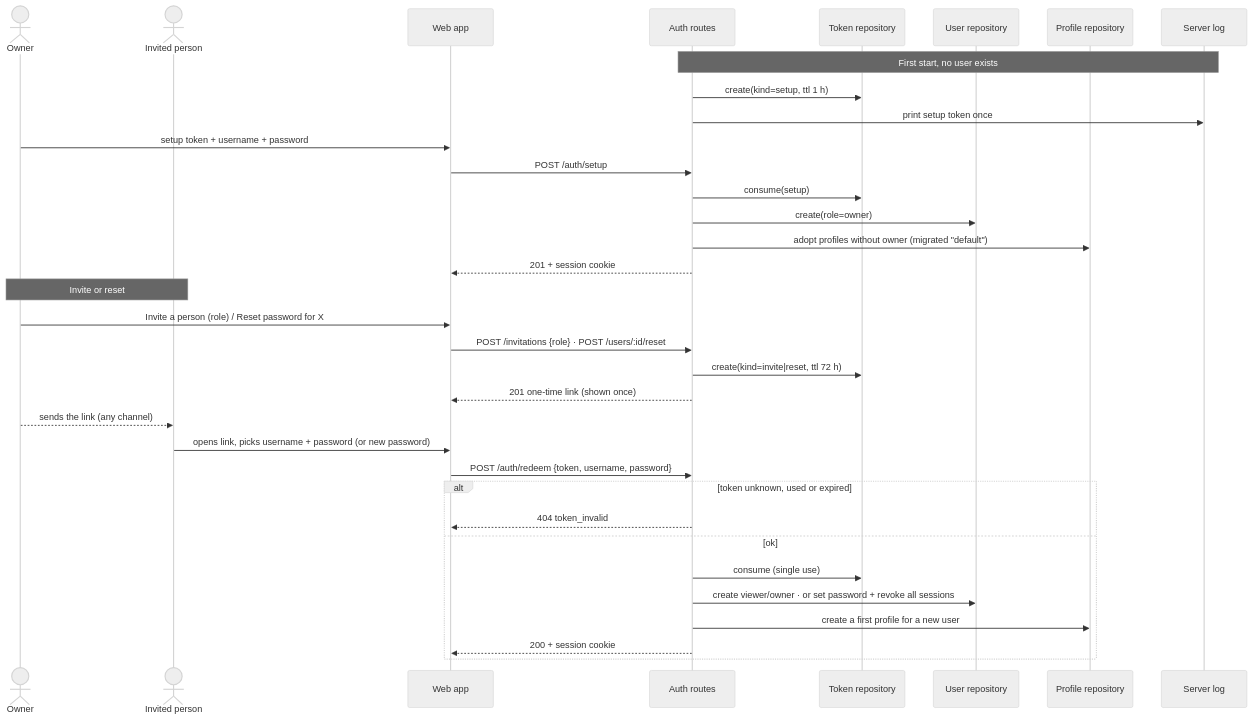
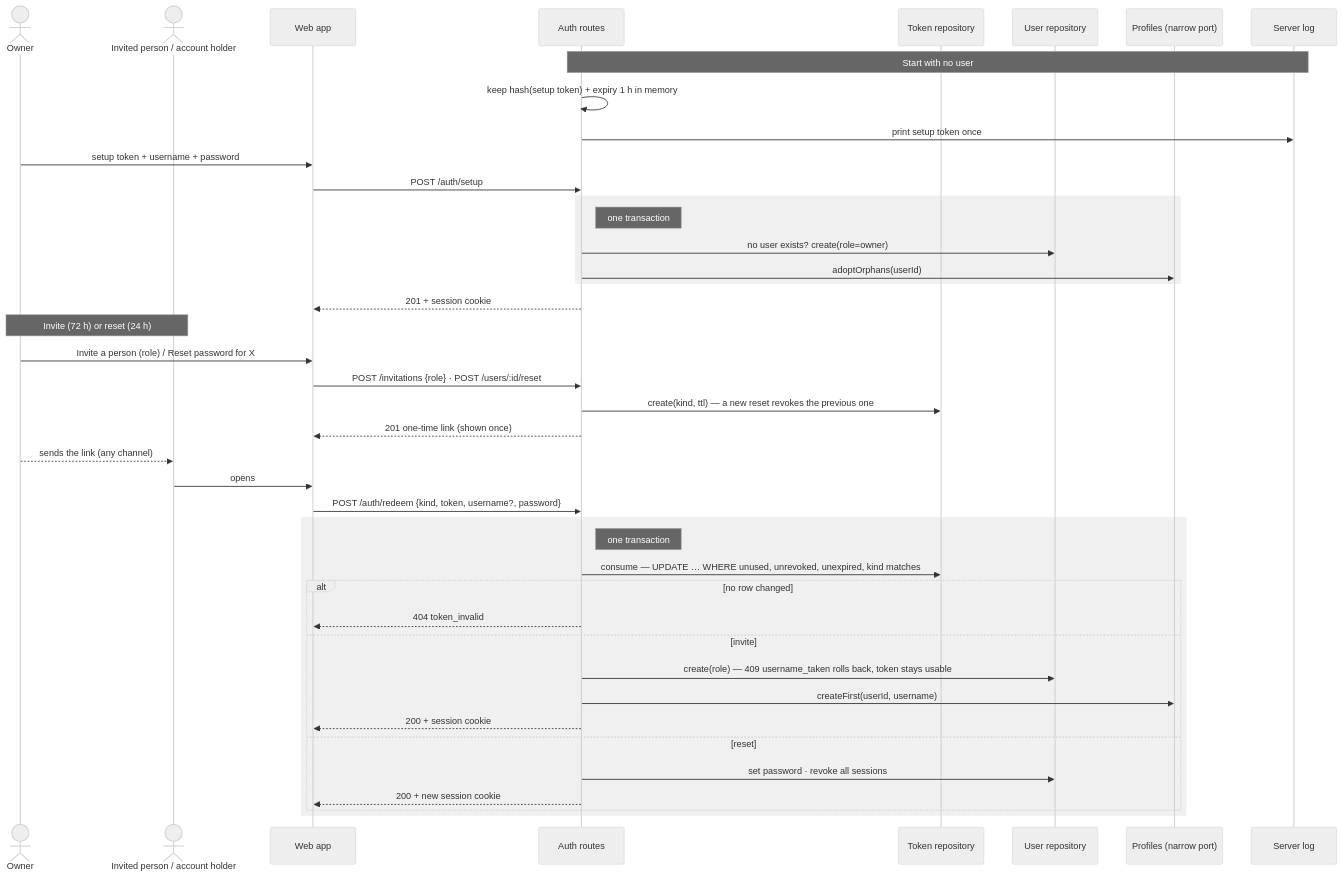
One commit to benoit-bremaud/popcorntv changed the diagram in docs/architecture/diagrams/auth/02-sequence-invite-and-accept.md. Above: the diagram before and after it, drawn with Mermaid (neutral theme). The commit also changed other lines of this file and 11 other files, not shown here.

````diff
--- a/docs/architecture/diagrams/auth/02-sequence-invite-and-accept.md
+++ b/docs/architecture/diagrams/auth/02-sequence-invite-and-accept.md
@@ -14,38 +15,46 @@
 ```mermaid
 sequenceDiagram
   actor O as Owner
-  actor G as Invited person
+  actor G as Invited person / account holder
   participant W as Web app
   participant API as Auth routes
   participant TR as Token repository
   participant UR as User repository
-  participant PR as Profile repository
+  participant PR as Profiles (narrow port)
   participant SV as Server log
 
-  Note over SV,API: First start, no user exists
-  API->>TR: create(kind=setup, ttl 1 h)
+  Note over API,SV: Start with no user
+  API->>API: keep hash(setup token) + expiry 1 h in memory
   API->>SV: print setup token once
   O->>W: setup token + username + password
   W->>API: POST /auth/setup
-  API->>TR: consume(setup)
-  API->>UR: create(role=owner)
-  API->>PR: adopt profiles without owner (migrated "default")
+  rect rgb(240, 240, 240)
+    Note right of API: one transaction
+    API->>UR: no user exists? create(role=owner)
+    API->>PR: adoptOrphans(userId)
+  end
   API-->>W: 201 + session cookie
 
-  Note over O,G: Invite or reset
+  Note over O,G: Invite (72 h) or reset (24 h)
   O->>W: Invite a person (role) / Reset password for X
   W->>API: POST /invitations {role} · POST /users/:id/reset
-  API->>TR: create(kind=invite|reset, ttl 72 h)
+  API->>TR: create(kind, ttl) — a new reset revokes the previous one
   API-->>W: 201 one-time link (shown once)
   O-->>G: sends the link (any channel)
-  G->>W: opens link, picks username + password (or new password)
-  W->>API: POST /auth/redeem {token, username, password}
-  alt token unknown, used or expired
-    API-->>W: 404 token_invalid
-  else ok
-    API->>TR: consume (single use)
-    API->>UR: create viewer/owner · or set password + revoke all sessions
-    API->>PR: create a first profile for a new user
-    API-->>W: 200 + session cookie
+  G->>W: opens #/invite/<token> or #/reset/<token>
+  W->>API: POST /auth/redeem {kind, token, username?, password}
+  rect rgb(240, 240, 240)
+    Note right of API: one transaction
+    API->>TR: consume — UPDATE … WHERE unused, unrevoked, unexpired, kind matches
+    alt no row changed
+      API-->>W: 404 token_invalid
+    else invite
+      API->>UR: create(role) — 409 username_taken rolls back, token stays usable
+      API->>PR: createFirst(userId, username)
+      API-->>W: 200 + session cookie
+    else reset
+      API->>UR: set password · revoke all sessions
+      API-->>W: 200 + new session cookie
+    end
   end
 ```
````
